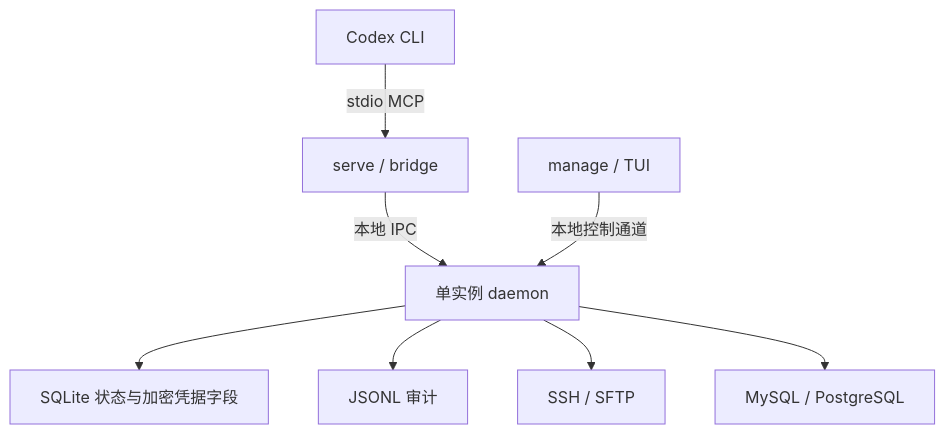
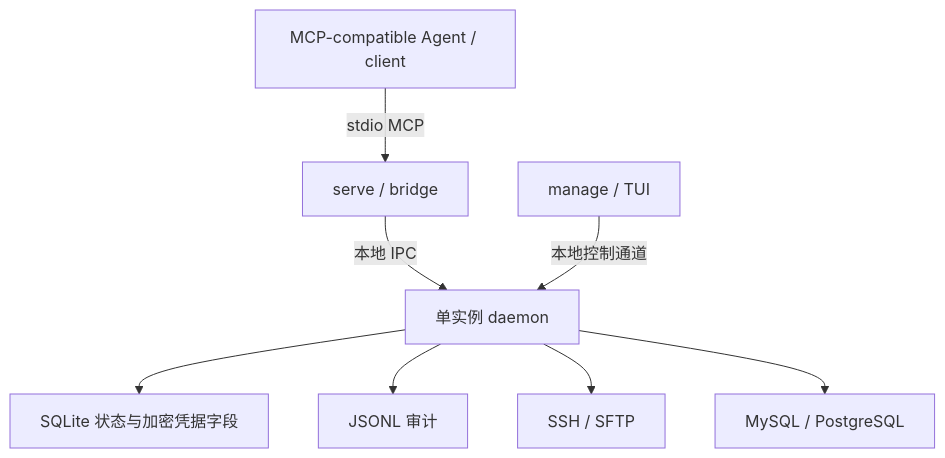
The diagram in docs/architecture.md (lswzw/ssh-mcp), drawn with Mermaid before and after one commit. The commit also changed other lines of this file and 10 other files, not shown here.

Commit message:
docs: broaden MCP client support

````diff
--- a/docs/architecture.md
+++ b/docs/architecture.md
@@ -5,10 +5,10 @@
 ```mermaid
 flowchart TB
-    C["Codex CLI"] -->|stdio MCP| B["serve / bridge"]
+    C["MCP-compatible Agent / client"] -->|stdio MCP| B["serve / bridge"]
     B -->|本地 IPC| D["单实例 daemon"]
     T["manage / TUI"] -->|本地控制通道| D
     D --> DB["SQLite 状态与加密凭据字段"]
     D --> A["JSONL 审计"]
     D --> S["SSH / SFTP"]
     D --> M["MySQL / PostgreSQL"]
 ```
````
